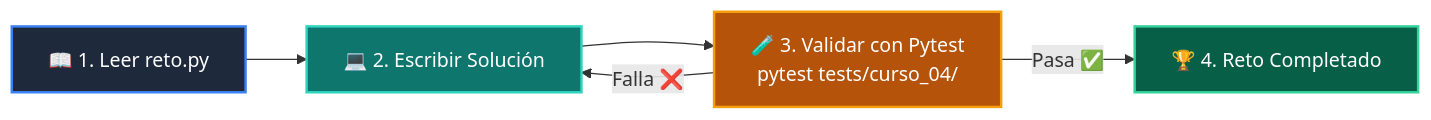
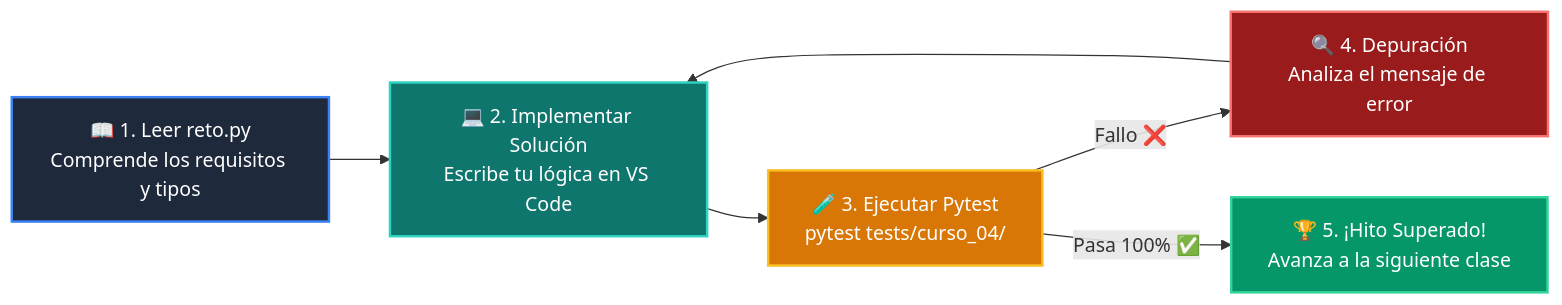
One commit to wisrovi/wisrovi-python changed the diagram in 04-proyecto-final/clase-01-arquitectura-y-planificacion/ejercicios/README.md. Above: the diagram before and after it, drawn with Mermaid. The commit also changed other lines of this file and 226 other files, not shown here.

Commit message:
docs: elevate all repository READMEs to world-class mastery standard with rich pedagogical architecture, custom Mermaids, and professional styling

````diff
--- a/04-proyecto-final/clase-01-arquitectura-y-planificacion/ejercicios/README.md
+++ b/04-proyecto-final/clase-01-arquitectura-y-planificacion/ejercicios/README.md
@@ -15,12 +20,14 @@
 ```mermaid
 flowchart LR
-    A["📖 1. Leer reto.py"] --> B["💻 2. Escribir Solución"]
-    B --> C["🧪 3. Validar con Pytest<br/>pytest tests/curso_04/"]
-    C -->|Falla ❌| B
-    C -->|Pasa ✅| D["🏆 4. Reto Completado"]
+    A["📖 1. Leer reto.py<br/>Comprende los requisitos y tipos"] --> B["💻 2. Implementar Solución<br/>Escribe tu lógica en VS Code"]
+    B --> C["🧪 3. Ejecutar Pytest<br/>pytest tests/curso_04/"]
+    C -->|Fallo ❌| D["🔍 4. Depuración<br/>Analiza el mensaje de error"]
+    D --> B
+    C -->|Pasa 100% ✅| E["🏆 5. ¡Hito Superado!<br/>Avanza a la siguiente clase"]
 
-    style A fill:#1e293b,color:#fff,stroke:#3b82f6,stroke-width:2px
-    style B fill:#0f766e,color:#fff,stroke:#2dd4bf,stroke-width:2px
-    style C fill:#b45309,color:#fff,stroke:#f59e0b,stroke-width:2px
-    style D fill:#065f46,color:#fff,stroke:#34d399,stroke-width:2px
+    style A fill:#1e293b,color:#ffffff,stroke:#3b82f6,stroke-width:2px
+    style B fill:#0f766e,color:#ffffff,stroke:#2dd4bf,stroke-width:2px
+    style C fill:#d97706,color:#ffffff,stroke:#fbbf24,stroke-width:2px
+    style D fill:#991b1b,color:#ffffff,stroke:#f87171,stroke-width:2px
+    style E fill:#059669,color:#ffffff,stroke:#34d399,stroke-width:2px
 ```
````
